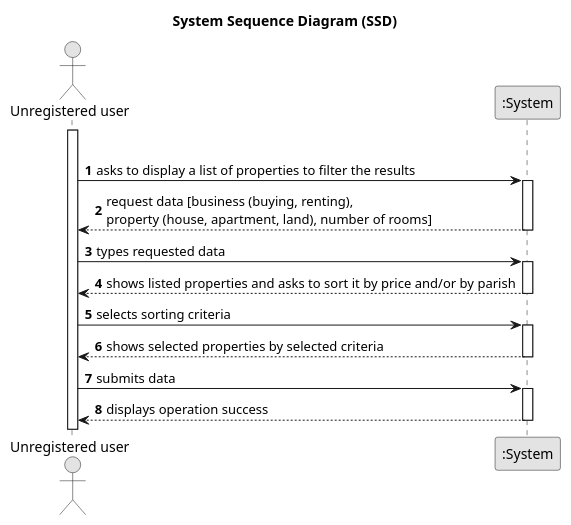
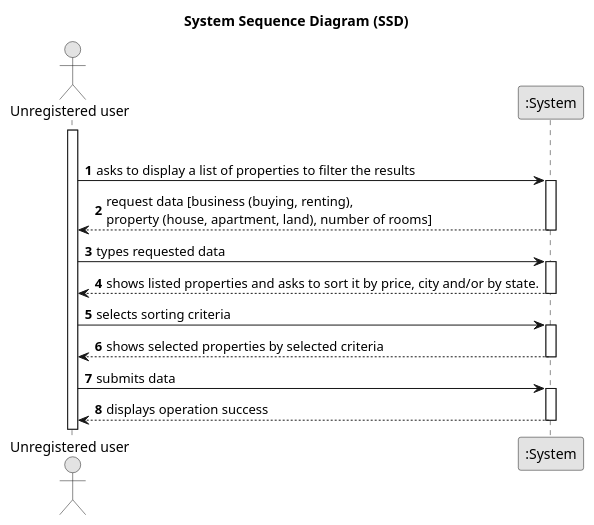
Before and after one commit to PureNimble/ISEP-LAPR2: the diagram in docs/sprintA/US01/01.requirements-engineering/puml/us01-system-sequence-diagram.puml, drawn with PlantUML. The commit also changed 5 other files, not shown here.

```diff
--- a/docs/sprintA/US01/01.requirements-engineering/puml/us01-system-sequence-diagram.puml
+++ b/docs/sprintA/US01/01.requirements-engineering/puml/us01-system-sequence-diagram.puml
@@ -1,41 +1,41 @@
 @startuml
 skinparam monochrome true
 skinparam packageStyle rectangle
 skinparam shadowing false
 
 title System Sequence Diagram (SSD)
 
 autonumber
 
 actor "Unregistered user" as User
 participant ":System" as System
 
 opt Optimal Case
 
 activate User
 
     User -> System : asks to display a list of properties to filter the results
     activate System
 
     System --> User : request data [business (buying, renting), \nproperty (house, apartment, land), number of rooms]
     deactivate System
 
     User -> System : types requested data
     activate System
 
-    System --> User : shows listed properties and asks to sort it by price and/or by parish
+        System --> User : shows listed properties and asks to sort it by price, city and/or by state.
     deactivate System
 
     User -> System : selects sorting criteria
     activate System
 
     System --> User : shows selected properties by selected criteria
     deactivate System
 
     User -> System : submits data
     activate System
 
     System --> User : displays operation success
     deactivate System
 
 @enduml
```
